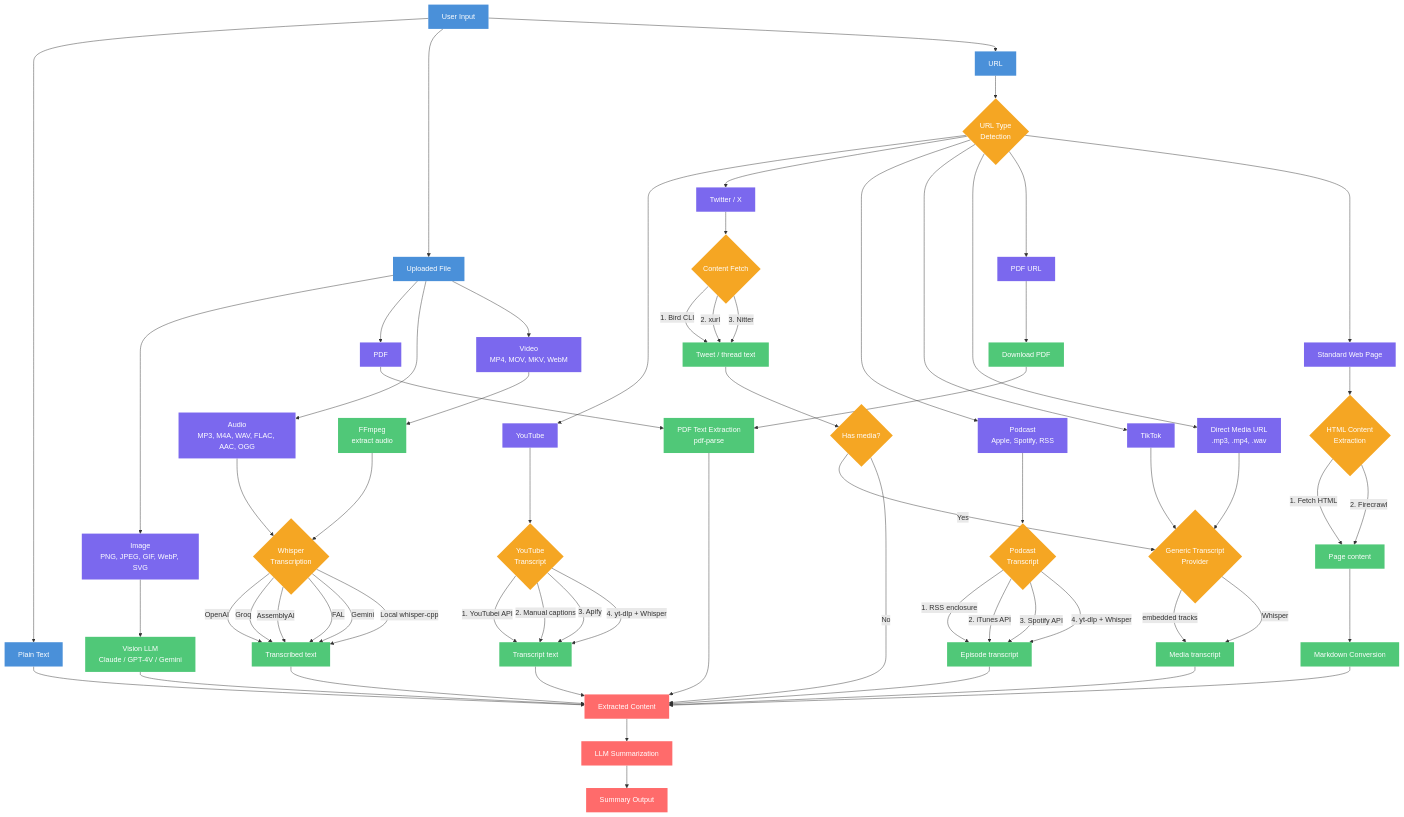
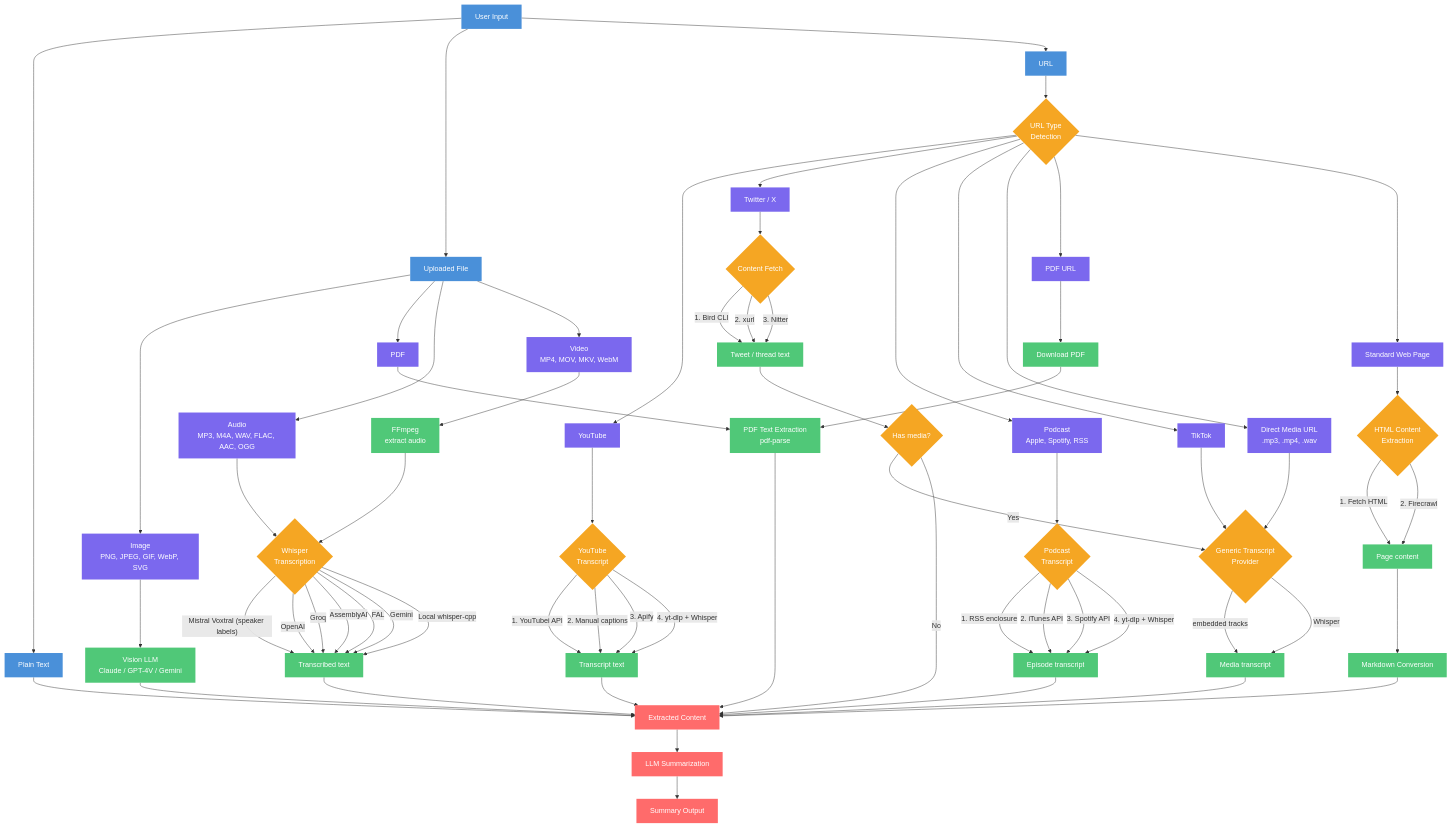
Before and after one commit to perelin/summarize: the diagram in docs/pipeline-diagram.mmd, drawn with Mermaid. The commit also changed 5 other files, not shown here.

First line of the commit message:
docs: document Mistral-first transcription chain and speaker diarization

```diff
--- a/docs/pipeline-diagram.mmd
+++ b/docs/pipeline-diagram.mmd
@@ -1,99 +1,100 @@
 flowchart TB
     INPUT["User Input"]
 
     INPUT --> TEXT["Plain Text"]
     INPUT --> FILE["Uploaded File"]
     INPUT --> URL["URL"]
 
     FILE --> IMG["Image\nPNG, JPEG, GIF, WebP, SVG"]
     FILE --> PDF_F["PDF"]
     FILE --> AUDIO_F["Audio\nMP3, M4A, WAV, FLAC, AAC, OGG"]
     FILE --> VIDEO_F["Video\nMP4, MOV, MKV, WebM"]
 
     IMG --> VISION["Vision LLM\nClaude / GPT-4V / Gemini"]
     PDF_F --> PDF_EXTRACT["PDF Text Extraction\npdf-parse"]
     AUDIO_F --> WHISPER
     VIDEO_F --> FFMPEG["FFmpeg\nextract audio"] --> WHISPER
 
     URL --> DETECT{"URL Type\nDetection"}
 
     DETECT --> YT["YouTube"]
     DETECT --> TWITTER["Twitter / X"]
     DETECT --> PODCAST["Podcast\nApple, Spotify, RSS"]
     DETECT --> TIKTOK["TikTok"]
     DETECT --> MEDIA_URL["Direct Media URL\n.mp3, .mp4, .wav"]
     DETECT --> PDF_URL["PDF URL"]
     DETECT --> WEB["Standard Web Page"]
 
     YT --> YT_TRANS{"YouTube\nTranscript"}
     YT_TRANS -->|"1. YouTubei API"| YT_OK
     YT_TRANS -->|"2. Manual captions"| YT_OK
     YT_TRANS -->|"3. Apify"| YT_OK
     YT_TRANS -->|"4. yt-dlp + Whisper"| YT_OK
     YT_OK["Transcript text"]
 
     TWITTER --> TW_FETCH{"Content Fetch"}
     TW_FETCH -->|"1. Bird CLI"| TW_OK
     TW_FETCH -->|"2. xurl"| TW_OK
     TW_FETCH -->|"3. Nitter"| TW_OK
     TW_OK["Tweet / thread text"]
     TW_OK --> TW_MEDIA{"Has media?"}
     TW_MEDIA -->|"Yes"| GENERIC_TRANS
     TW_MEDIA -->|"No"| CONTENT
 
     PODCAST --> POD_TRANS{"Podcast\nTranscript"}
     POD_TRANS -->|"1. RSS enclosure"| POD_OK
     POD_TRANS -->|"2. iTunes API"| POD_OK
     POD_TRANS -->|"3. Spotify API"| POD_OK
     POD_TRANS -->|"4. yt-dlp + Whisper"| POD_OK
     POD_OK["Episode transcript"]
 
     TIKTOK --> GENERIC_TRANS
     MEDIA_URL --> GENERIC_TRANS
 
     GENERIC_TRANS{"Generic Transcript\nProvider"}
     GENERIC_TRANS -->|"embedded tracks"| GT_OK
     GENERIC_TRANS -->|"Whisper"| GT_OK
     GT_OK["Media transcript"]
 
     PDF_URL --> PDF_DL["Download PDF"] --> PDF_EXTRACT
 
     WEB --> HTML_FETCH{"HTML Content\nExtraction"}
     HTML_FETCH -->|"1. Fetch HTML"| HTML_OK
     HTML_FETCH -->|"2. Firecrawl"| HTML_OK
     HTML_OK["Page content"]
     HTML_OK --> MD["Markdown Conversion"]
 
     WHISPER{"Whisper\nTranscription"}
+    WHISPER -->|"Mistral Voxtral (speaker labels)"| W_OK
     WHISPER -->|"OpenAI"| W_OK
     WHISPER -->|"Groq"| W_OK
     WHISPER -->|"AssemblyAI"| W_OK
     WHISPER -->|"FAL"| W_OK
     WHISPER -->|"Gemini"| W_OK
     WHISPER -->|"Local whisper-cpp"| W_OK
     W_OK["Transcribed text"]
 
     TEXT --> CONTENT
     VISION --> CONTENT
     PDF_EXTRACT --> CONTENT
     W_OK --> CONTENT
     YT_OK --> CONTENT
     POD_OK --> CONTENT
     GT_OK --> CONTENT
     MD --> CONTENT
 
     CONTENT["Extracted Content"]
     CONTENT --> LLM["LLM Summarization"]
     LLM --> RESULT["Summary Output"]
 
     classDef input fill:#4A90D9,color:#fff,stroke:none
     classDef detect fill:#F5A623,color:#fff,stroke:none
     classDef provider fill:#7B68EE,color:#fff,stroke:none
     classDef process fill:#50C878,color:#fff,stroke:none
     classDef output fill:#FF6B6B,color:#fff,stroke:none
 
     class INPUT,TEXT,FILE,URL input
     class DETECT,YT_TRANS,TW_FETCH,POD_TRANS,GENERIC_TRANS,HTML_FETCH,WHISPER,TW_MEDIA detect
     class YT,TWITTER,PODCAST,TIKTOK,MEDIA_URL,PDF_URL,WEB,IMG,PDF_F,AUDIO_F,VIDEO_F provider
     class VISION,PDF_EXTRACT,FFMPEG,PDF_DL,MD,YT_OK,TW_OK,POD_OK,GT_OK,HTML_OK,W_OK process
     class CONTENT,LLM,RESULT output
```
